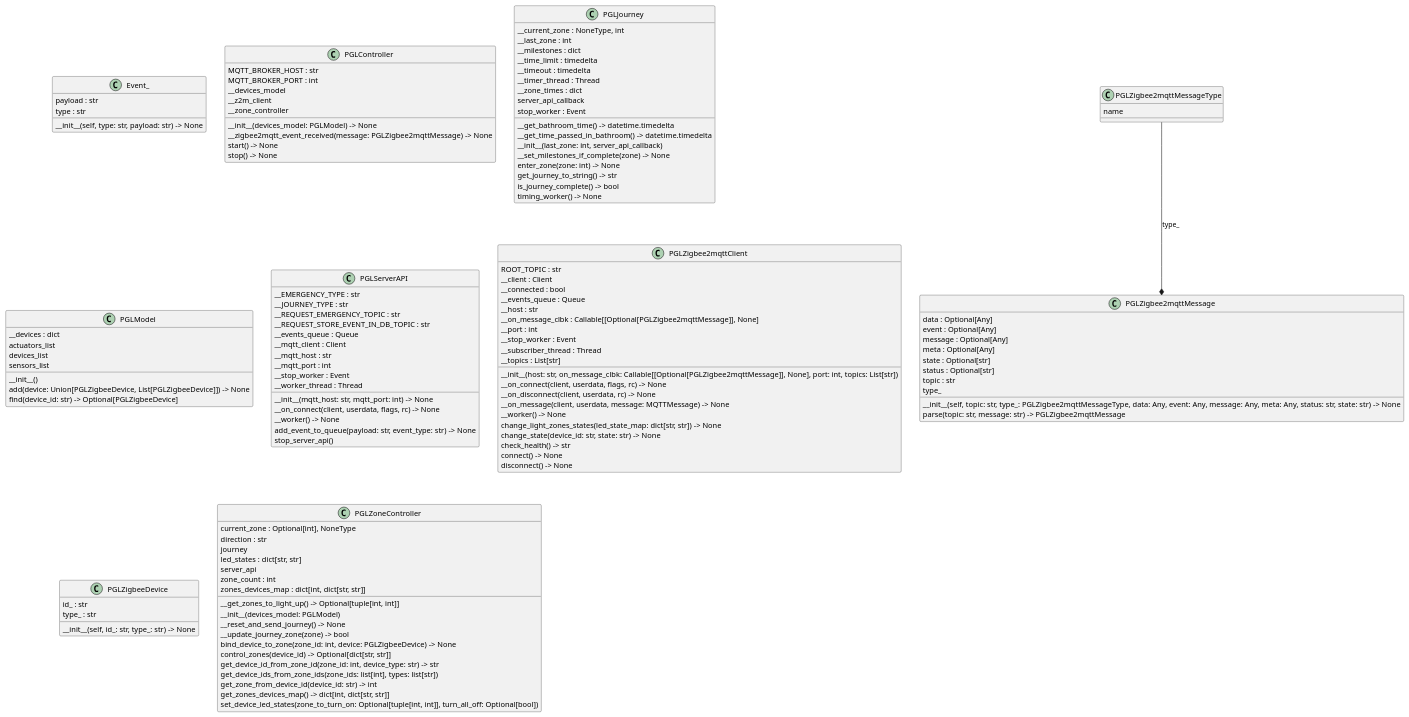
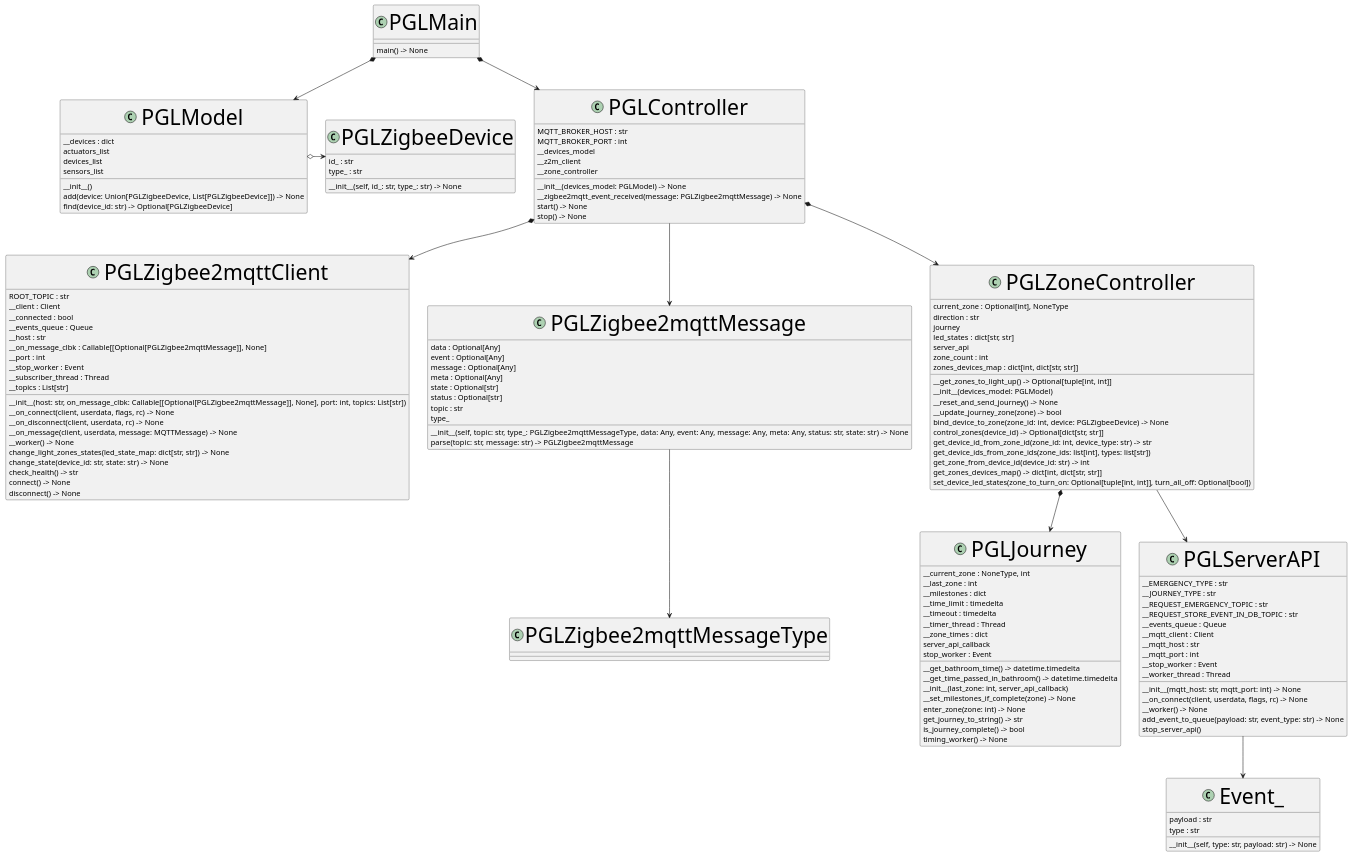
Before and after one commit to BusterSalomon/PGL: the diagram in UML_Diagrams/classes.puml, drawn with PlantUML. The commit also changed 2 other files, not shown here.

Commit message:
created UML diagram

```diff
--- a/UML_Diagrams/classes.puml
+++ b/UML_Diagrams/classes.puml
@@ -1,127 +1,143 @@
 @startuml classes
 set namespaceSeparator none
+skinparam classFontSize 40
+
+class "PGLMain" as src.PGLMain {
+  main() -> None
+}
+
 class "Event_" as src.PGLServerAPI.Event_ {
   payload : str
   type : str
   __init__(self, type: str, payload: str) -> None
 }
 class "PGLController" as src.PGLController.PGLController {
   MQTT_BROKER_HOST : str
   MQTT_BROKER_PORT : int
   __devices_model
   __z2m_client
   __zone_controller
   __init__(devices_model: PGLModel) -> None
   __zigbee2mqtt_event_received(message: PGLZigbee2mqttMessage) -> None
   start() -> None
   stop() -> None
 }
 class "PGLJourney" as src.PGLJourney.PGLJourney {
   __current_zone : NoneType, int
   __last_zone : int
   __milestones : dict
   __time_limit : timedelta
   __timeout : timedelta
   __timer_thread : Thread
   __zone_times : dict
   server_api_callback
   stop_worker : Event
   __get_bathroom_time() -> datetime.timedelta
   __get_time_passed_in_bathroom() -> datetime.timedelta
   __init__(last_zone: int, server_api_callback)
   __set_milestones_if_complete(zone) -> None
   enter_zone(zone: int) -> None
   get_journey_to_string() -> str
   is_journey_complete() -> bool
   timing_worker() -> None
 }
 class "PGLModel" as src.PGLModel.PGLModel {
   __devices : dict
   actuators_list
   devices_list
   sensors_list
   __init__()
   add(device: Union[PGLZigbeeDevice, List[PGLZigbeeDevice]]) -> None
   find(device_id: str) -> Optional[PGLZigbeeDevice]
 }
 class "PGLServerAPI" as src.PGLServerAPI.PGLServerAPI {
   __EMERGENCY_TYPE : str
   __JOURNEY_TYPE : str
   __REQUEST_EMERGENCY_TOPIC : str
   __REQUEST_STORE_EVENT_IN_DB_TOPIC : str
   __events_queue : Queue
   __mqtt_client : Client
   __mqtt_host : str
   __mqtt_port : int
   __stop_worker : Event
   __worker_thread : Thread
   __init__(mqtt_host: str, mqtt_port: int) -> None
   __on_connect(client, userdata, flags, rc) -> None
   __worker() -> None
   add_event_to_queue(payload: str, event_type: str) -> None
   stop_server_api()
 }
 class "PGLZigbee2mqttClient" as src.PGLZigbee2mqttClient.PGLZigbee2mqttClient {
   ROOT_TOPIC : str
   __client : Client
   __connected : bool
   __events_queue : Queue
   __host : str
   __on_message_clbk : Callable[[Optional[PGLZigbee2mqttMessage]], None]
   __port : int
   __stop_worker : Event
   __subscriber_thread : Thread
   __topics : List[str]
   __init__(host: str, on_message_clbk: Callable[[Optional[PGLZigbee2mqttMessage]], None], port: int, topics: List[str])
   __on_connect(client, userdata, flags, rc) -> None
   __on_disconnect(client, userdata, rc) -> None
   __on_message(client, userdata, message: MQTTMessage) -> None
   __worker() -> None
   change_light_zones_states(led_state_map: dict[str, str]) -> None
   change_state(device_id: str, state: str) -> None
   check_health() -> str
   connect() -> None
   disconnect() -> None
 }
 class "PGLZigbee2mqttMessage" as src.PGLZigbee2mqttClient.PGLZigbee2mqttMessage {
   data : Optional[Any]
   event : Optional[Any]
   message : Optional[Any]
   meta : Optional[Any]
   state : Optional[str]
   status : Optional[str]
   topic : str
   type_
   __init__(self, topic: str, type_: PGLZigbee2mqttMessageType, data: Any, event: Any, message: Any, meta: Any, status: str, state: str) -> None
   parse(topic: str, message: str) -> PGLZigbee2mqttMessage
 }
 class "PGLZigbee2mqttMessageType" as src.PGLZigbee2mqttClient.PGLZigbee2mqttMessageType {
-  name
 }
 class "PGLZigbeeDevice" as src.PGLModel.PGLZigbeeDevice {
   id_ : str
   type_ : str
   __init__(self, id_: str, type_: str) -> None
 }
 class "PGLZoneController" as src.PGLZoneController.PGLZoneController {
   current_zone : Optional[int], NoneType
   direction : str
   journey
   led_states : dict[str, str]
   server_api
   zone_count : int
   zones_devices_map : dict[int, dict[str, str]]
   __get_zones_to_light_up() -> Optional[tuple[int, int]]
   __init__(devices_model: PGLModel)
   __reset_and_send_journey() -> None
   __update_journey_zone(zone) -> bool
   bind_device_to_zone(zone_id: int, device: PGLZigbeeDevice) -> None
   control_zones(device_id) -> Optional[dict[str, str]]
   get_device_id_from_zone_id(zone_id: int, device_type: str) -> str
   get_device_ids_from_zone_ids(zone_ids: list[int], types: list[str])
   get_zone_from_device_id(device_id: str) -> int
   get_zones_devices_map() -> dict[int, dict[str, str]]
   set_device_led_states(zone_to_turn_on: Optional[tuple[int, int]], turn_all_off: Optional[bool])
 }
-src.PGLZigbee2mqttClient.PGLZigbee2mqttMessageType --* src.PGLZigbee2mqttClient.PGLZigbee2mqttMessage : type_
+
+src.PGLMain *--> src.PGLController.PGLController
+src.PGLMain *--> src.PGLModel.PGLModel
+src.PGLModel.PGLModel o-> src.PGLModel.PGLZigbeeDevice
+src.PGLController.PGLController *--> src.PGLZigbee2mqttClient.PGLZigbee2mqttClient
+src.PGLController.PGLController *--> src.PGLZoneController.PGLZoneController
+src.PGLZoneController.PGLZoneController *--> src.PGLJourney.PGLJourney
+src.PGLController.PGLController --> src.PGLZigbee2mqttClient.PGLZigbee2mqttMessage
+src.PGLZigbee2mqttClient.PGLZigbee2mqttMessage --> src.PGLZigbee2mqttClient.PGLZigbee2mqttMessageType
+src.PGLZoneController.PGLZoneController --> src.PGLServerAPI.PGLServerAPI
+src.PGLServerAPI.PGLServerAPI --> src.PGLServerAPI.Event_
+
 @enduml
```
